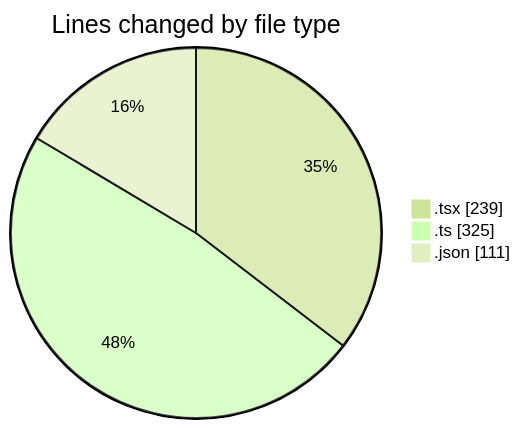
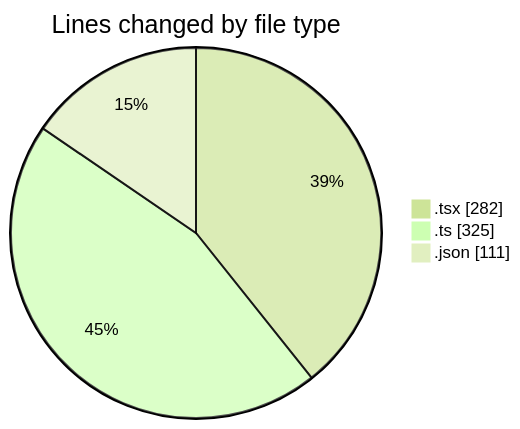
One commit to julien-gomy/code-tracking changed the first of 2 diagrams in 2025-11-08/eventscop-frontend-guide__workspace_/README.md. Above: the diagram before and after it, drawn with Mermaid (forest theme). The commit also changed other lines of this file and 1 other file, not shown here.

````diff
--- a/2025-11-08/eventscop-frontend-guide__workspace_/README.md
+++ b/2025-11-08/eventscop-frontend-guide__workspace_/README.md
@@ -26,7 +27,7 @@
 ```mermaid
 pie showData
 title Lines changed by file type
-".tsx" : 239
+".tsx" : 282
 ".ts" : 325
 ".json" : 111
 ```
````
